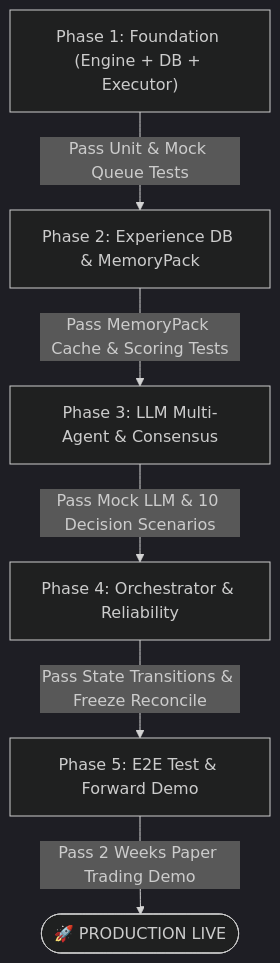
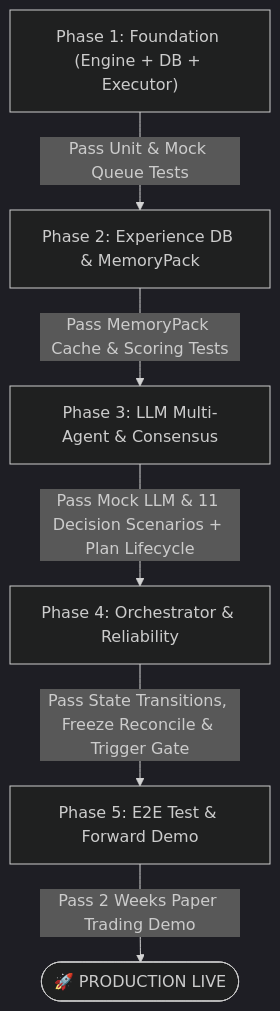
The diagram in doc/doc_flow_code/README.md (nguyenhongdat09/doctradingagent2agent), drawn with Mermaid (dark theme) before and after one commit. The commit also changed other lines of this file and 54 other files, not shown here.

````diff
--- a/doc/doc_flow_code/README.md
+++ b/doc/doc_flow_code/README.md
@@ -49,15 +49,15 @@
 ```mermaid
 flowchart TD
     P1["Phase 1: Foundation (Engine + DB + Executor)"]
     P2["Phase 2: Experience DB & MemoryPack"]
     P3["Phase 3: LLM Multi-Agent & Consensus"]
     P4["Phase 4: Orchestrator & Reliability"]
     P5["Phase 5: E2E Test & Forward Demo"]
     LIVE(["🚀 PRODUCTION LIVE"])
 
     P1 -->|Pass Unit & Mock Queue Tests| P2
     P2 -->|Pass MemoryPack Cache & Scoring Tests| P3
-    P3 -->|Pass Mock LLM & 10 Decision Scenarios| P4
-    P4 -->|Pass State Transitions & Freeze Reconcile| P5
+    P3 -->|Pass Mock LLM & 11 Decision Scenarios + Plan Lifecycle| P4
+    P4 -->|Pass State Transitions, Freeze Reconcile & Trigger Gate| P5
     P5 -->|Pass 2 Weeks Paper Trading Demo| LIVE
 ```
````
